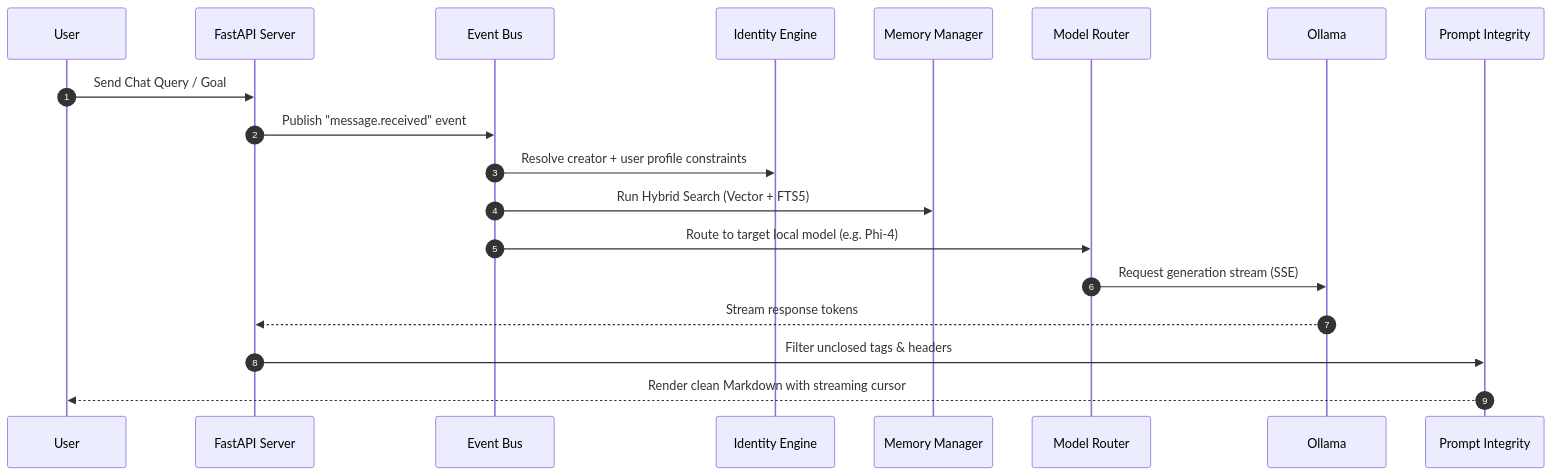
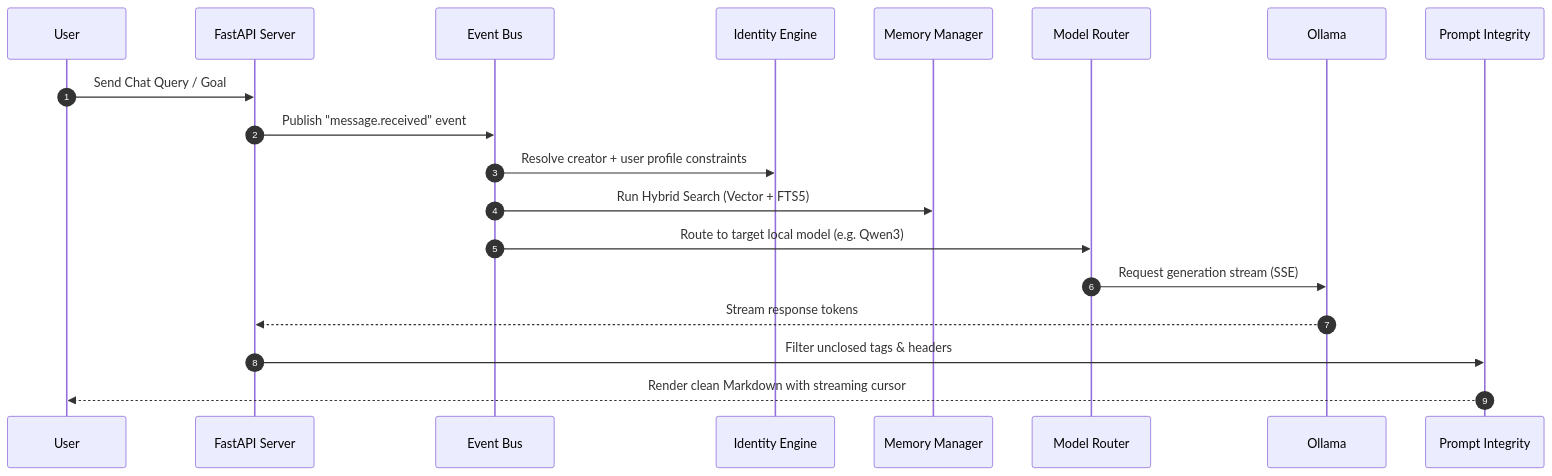
Before and after one commit to dhanush708/ALOY-Core: the first of 2 diagrams in README.md, drawn with Mermaid. The commit also changed other lines of this file and 67 other files, not shown here.

````diff
--- a/README.md
+++ b/README.md
@@ -76,13 +76,13 @@
 ```mermaid
 sequenceDiagram
     autonumber
     User->>FastAPI Server: Send Chat Query / Goal
     FastAPI Server->>Event Bus: Publish "message.received" event
     Event Bus->>Identity Engine: Resolve creator + user profile constraints
     Event Bus->>Memory Manager: Run Hybrid Search (Vector + FTS5)
-    Event Bus->>Model Router: Route to target local model (e.g. Phi-4)
+    Event Bus->>Model Router: Route to target local model (e.g. Qwen3)
     Model Router->>Ollama: Request generation stream (SSE)
     Ollama-->>FastAPI Server: Stream response tokens
     FastAPI Server->>Prompt Integrity: Filter unclosed tags & headers
     Prompt Integrity-->>User: Render clean Markdown with streaming cursor
 ```
````
